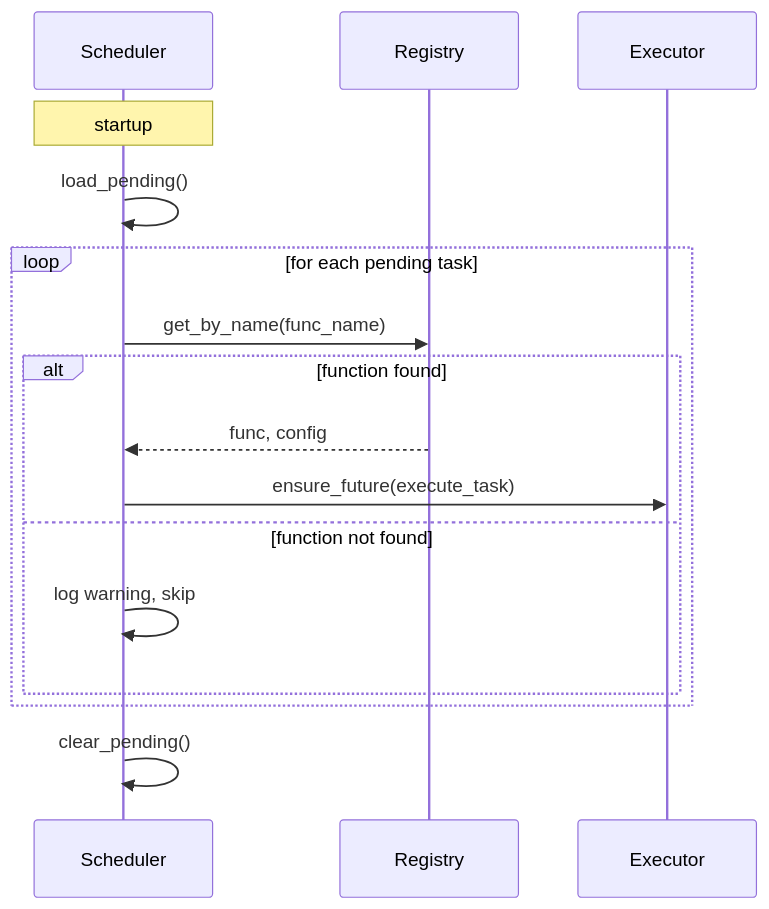
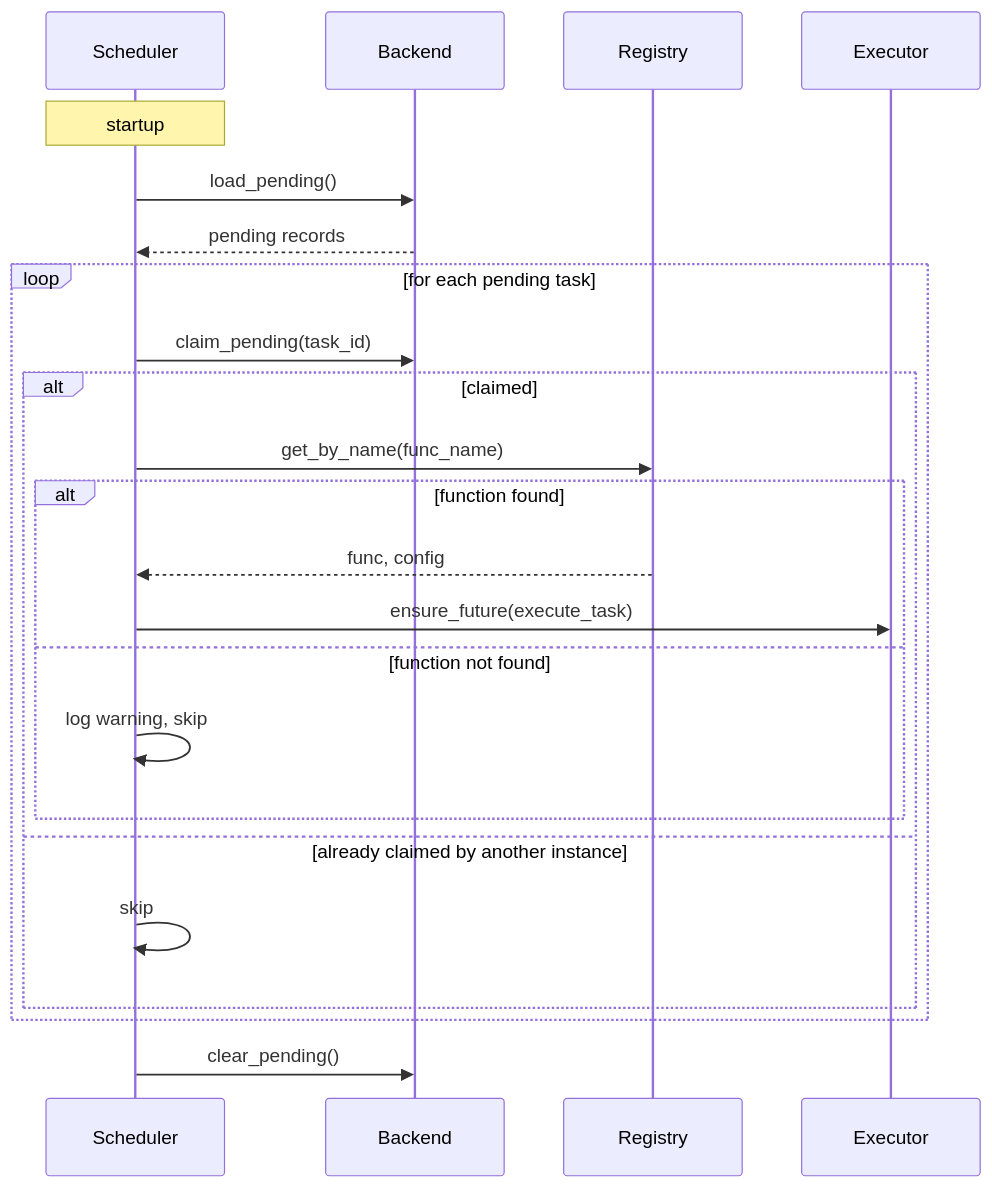
Before and after one commit to Attakay78/fastapi-taskflow: the diagram in docs/guide/requeue.md, drawn with Mermaid. The commit also changed other lines of this file and 27 other files, not shown here.

````diff
--- a/docs/guide/requeue.md
+++ b/docs/guide/requeue.md
@@ -26,21 +63,28 @@
 ```mermaid
 sequenceDiagram
     participant Scheduler
+    participant Backend
     participant Registry
     participant Executor
 
     Note over Scheduler: startup
-    Scheduler->>Scheduler: load_pending()
+    Scheduler->>Backend: load_pending()
+    Backend-->>Scheduler: pending records
 
     loop for each pending task
-        Scheduler->>Registry: get_by_name(func_name)
-        alt function found
-            Registry-->>Scheduler: func, config
-            Scheduler->>Executor: ensure_future(execute_task)
-        else function not found
-            Scheduler->>Scheduler: log warning, skip
+        Scheduler->>Backend: claim_pending(task_id)
+        alt claimed
+            Scheduler->>Registry: get_by_name(func_name)
+            alt function found
+                Registry-->>Scheduler: func, config
+                Scheduler->>Executor: ensure_future(execute_task)
+            else function not found
+                Scheduler->>Scheduler: log warning, skip
+            end
+        else already claimed by another instance
+            Scheduler->>Scheduler: skip
         end
     end
 
-    Scheduler->>Scheduler: clear_pending()
+    Scheduler->>Backend: clear_pending()
 ```
````
